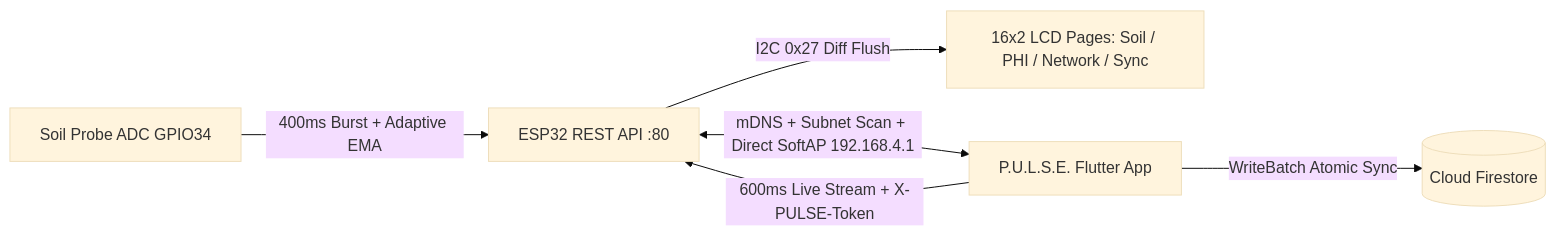
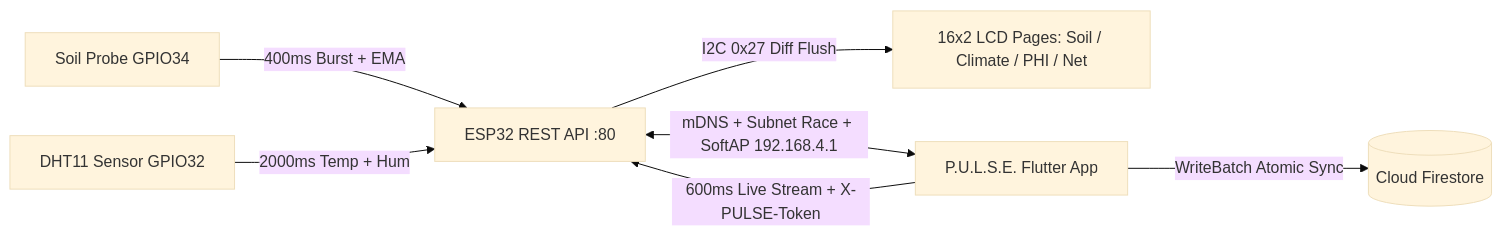
The first of 5 diagrams in README.md (Venkatasai6789/Pulse), drawn with Mermaid (base theme) before and after one commit. The commit also changed other lines of this file and 39 other files, not shown here.

Commit message:
feat(dht11,docs): integrate DHT11 GPIO 32 telemetry, seamless discovery, and curated README visual gallery

````diff
--- a/README.md
+++ b/README.md
@@ -108,8 +114,9 @@
 ```mermaid
 flowchart LR
-    Probe[Soil Probe ADC GPIO34] -->|400ms Burst + Adaptive EMA| ESP[ESP32 REST API :80]
-    ESP -->|I2C 0x27 Diff Flush| LCD[16x2 LCD Pages: Soil / PHI / Network / Sync]
-    ESP <-->|mDNS + Subnet Scan + Direct SoftAP 192.168.4.1| App[P.U.L.S.E. Flutter App]
+    Probe[Soil Probe GPIO34] -->|400ms Burst + EMA| ESP[ESP32 REST API :80]
+    DHT[DHT11 Sensor GPIO32] -->|2000ms Temp + Hum| ESP
+    ESP -->|I2C 0x27 Diff Flush| LCD[16x2 LCD Pages: Soil / Climate / PHI / Net]
+    ESP <-->|mDNS + Subnet Race + SoftAP 192.168.4.1| App[P.U.L.S.E. Flutter App]
     App -->|600ms Live Stream + X-PULSE-Token| ESP
     App -->|WriteBatch Atomic Sync| Firestore[(Cloud Firestore)]
 ```
````
